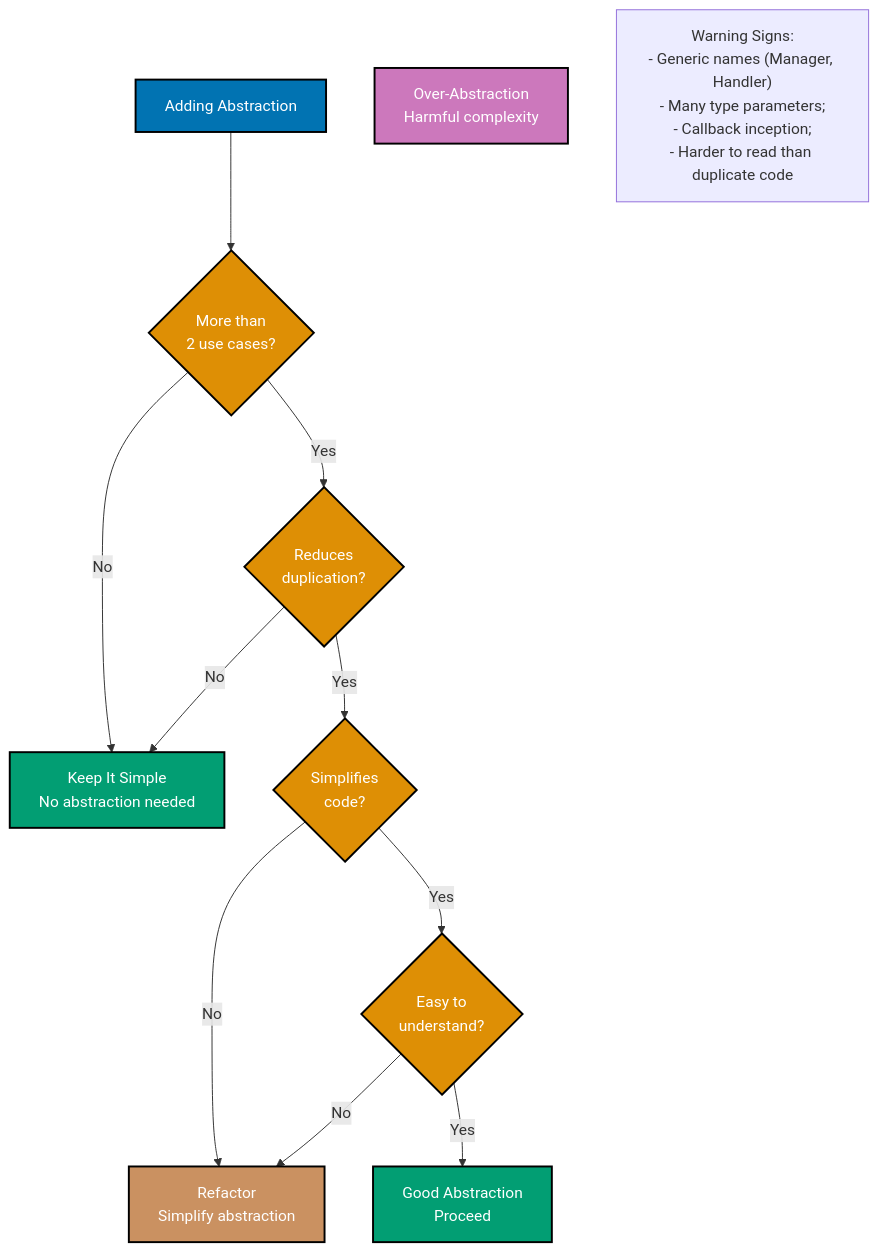
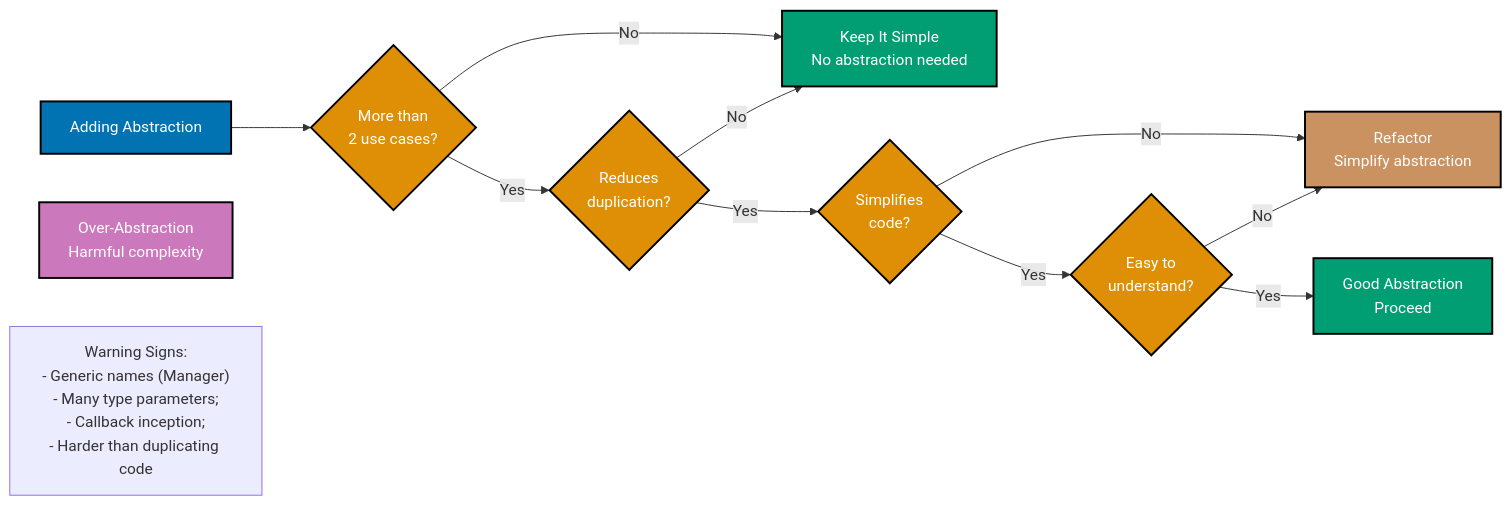
Before and after one commit to wahidyankf/open-sharia-enterprise: the sixth of 6 diagrams in docs/explanation/software-engineering/programming-languages/typescript/anti-patterns.md, drawn with Mermaid. The commit also changed other lines of this file and 16 other files, not shown here.

First line of the commit message:
fix(docs): fix mermaid violations in typescript docs

````diff
--- a/docs/explanation/software-engineering/programming-languages/typescript/anti-patterns.md
+++ b/docs/explanation/software-engineering/programming-languages/typescript/anti-patterns.md
@@ -1918,32 +1918,32 @@
 ```mermaid
 %% Color Palette: Blue #0173B2, Orange #DE8F05, Teal #029E73, Purple #CC78BC, Brown #CA9161
-graph TD
+graph LR
     Start["Adding Abstraction"]:::blue
     Q1{"More than<br/>2 use cases?"}:::orange
     Q2{"Reduces<br/>duplication?"}:::orange
     Q3{"Simplifies<br/>code?"}:::orange
     Q4{"Easy to<br/>understand?"}:::orange
 
     KeepSimple["Keep It Simple<br/>No abstraction needed"]:::teal
     GoodAbstraction["Good Abstraction<br/>Proceed"]:::teal
     Refactor["Refactor<br/>Simplify abstraction"]:::brown
     OverAbstraction["Over-Abstraction<br/>Harmful complexity"]:::purple
 
     Start --> Q1
     Q1 -->|No| KeepSimple
     Q1 -->|Yes| Q2
     Q2 -->|No| KeepSimple
     Q2 -->|Yes| Q3
     Q3 -->|No| Refactor
     Q3 -->|Yes| Q4
     Q4 -->|No| Refactor
     Q4 -->|Yes| GoodAbstraction
 
-    Warning["Warning Signs:<br/>- Generic names #40;Manager, Handler#41;<br/>- Many type parameters;<br/>- Callback inception;<br/>- Harder to read than duplicate code"]
+    Warning["Warning Signs:<br/>- Generic names (Manager)<br/>- Many type parameters;<br/>- Callback inception;<br/>- Harder than duplicating code"]
 
     classDef blue fill:#0173B2,stroke:#000000,color:#FFFFFF,stroke-width:2px
     classDef orange fill:#DE8F05,stroke:#000000,color:#FFFFFF,stroke-width:2px
     classDef teal fill:#029E73,stroke:#000000,color:#FFFFFF,stroke-width:2px
     classDef purple fill:#CC78BC,stroke:#000000,color:#FFFFFF,stroke-width:2px
     classDef brown fill:#CA9161,stroke:#000000,color:#FFFFFF,stroke-width:2px
 ```
````
